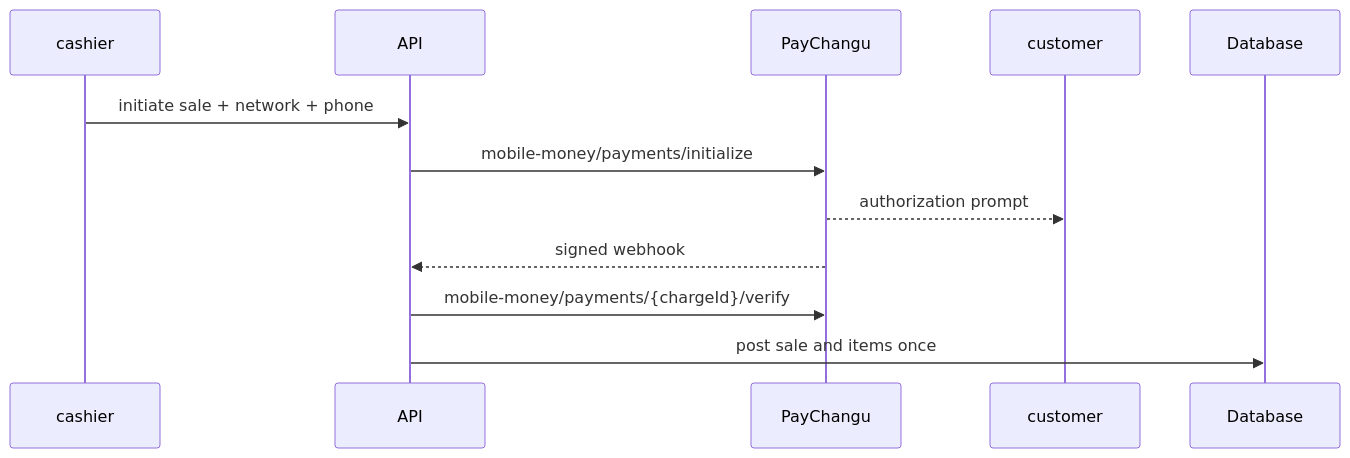
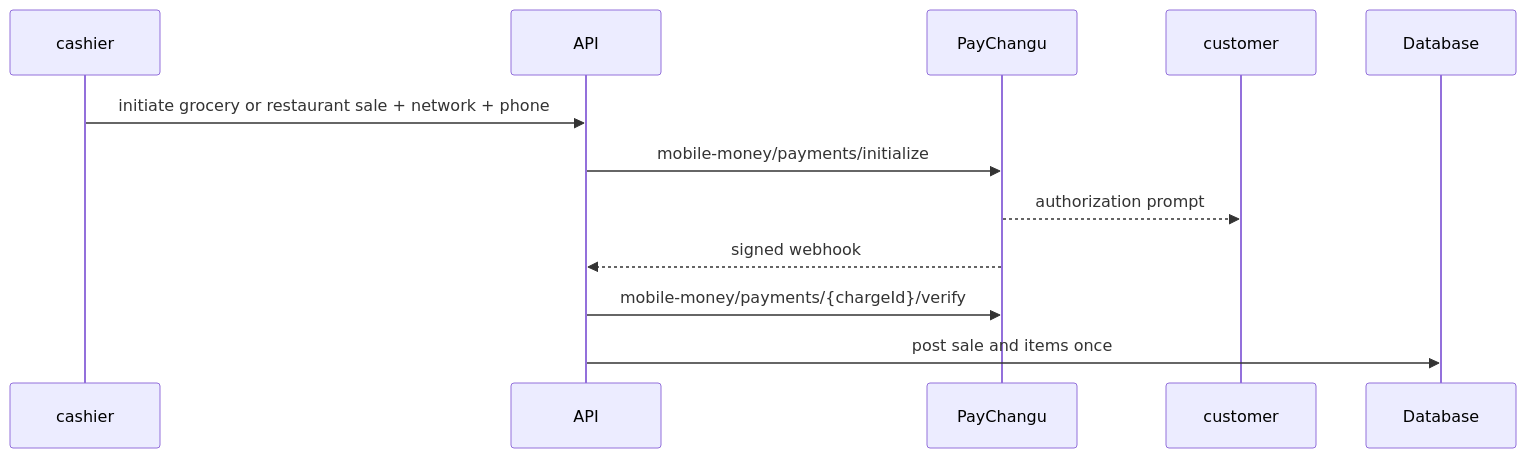
One commit to Patisto/good-morning-prototype changed the diagram in docs/paychangu-integration.md. Above: the diagram before and after it, drawn with Mermaid. The commit also changed other lines of this file and 52 other files, not shown here.

````diff
--- a/docs/paychangu-integration.md
+++ b/docs/paychangu-integration.md
@@ -20,9 +21,9 @@
 ```mermaid
 sequenceDiagram
-  cashier->>API: initiate sale + network + phone
+  cashier->>API: initiate grocery or restaurant sale + network + phone
   API->>PayChangu: mobile-money/payments/initialize
   PayChangu-->>customer: authorization prompt
   PayChangu-->>API: signed webhook
   API->>PayChangu: mobile-money/payments/{chargeId}/verify
   API->>Database: post sale and items once
 ```
````
